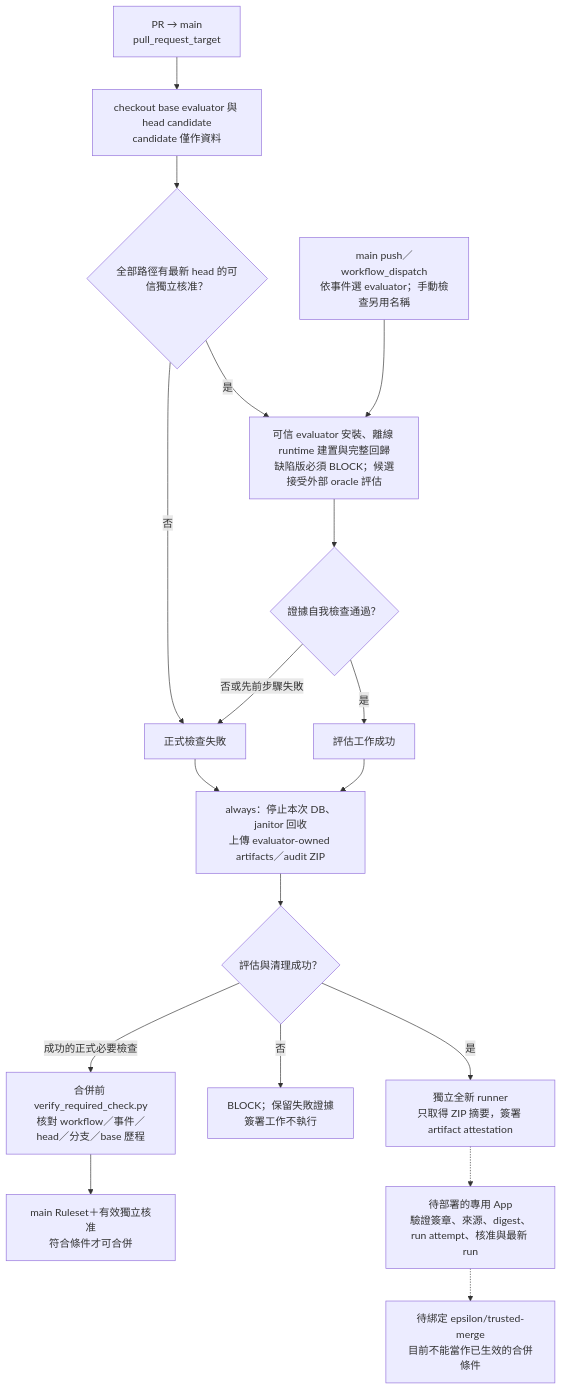
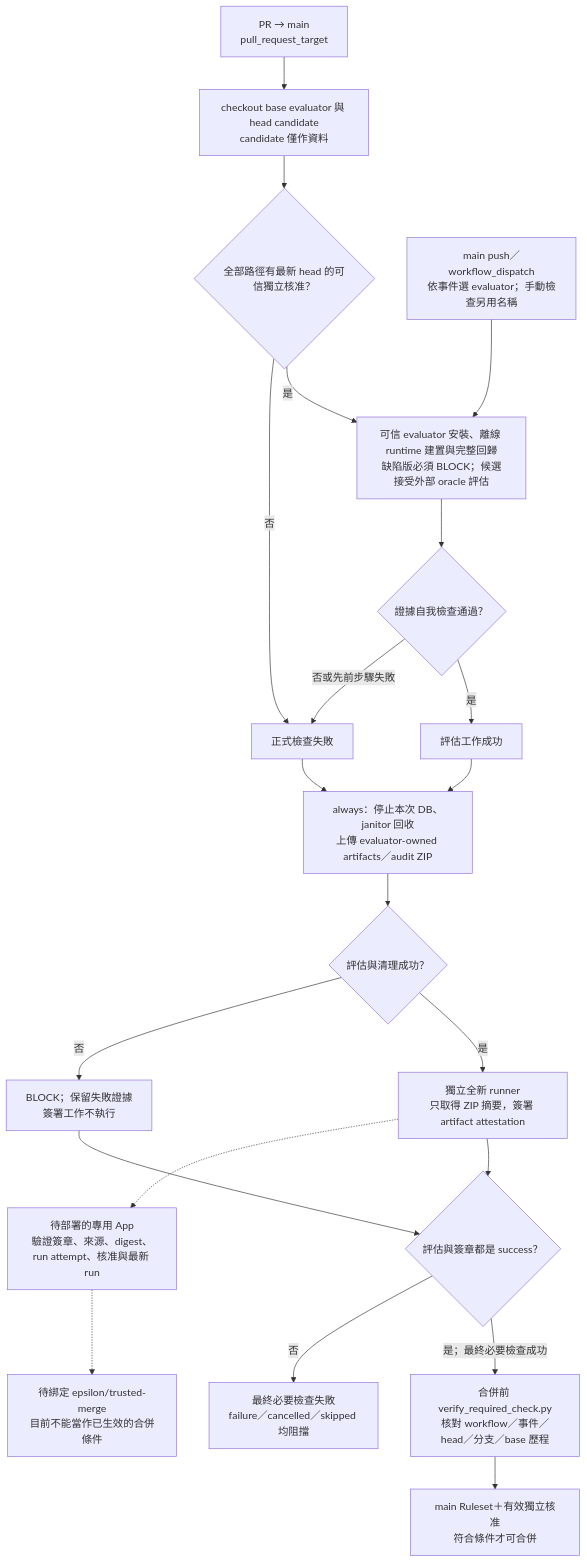
One commit to chinchiang/MultiAgentEpsilon changed the diagram in docs/diagrams/ci-flow.mmd. Above: the diagram before and after it, drawn with Mermaid. The commit also changed 13 other files, not shown here.

Commit message:
fix: require attestation success in the final merge check

```diff
--- a/docs/diagrams/ci-flow.mmd
+++ b/docs/diagrams/ci-flow.mmd
@@ -1,18 +1,21 @@
 flowchart TB
     PR["PR → main<br/>pull_request_target"] --> Checkout["checkout base evaluator 與 head candidate<br/>candidate 僅作資料"]
     Checkout --> Guard{"全部路徑有最新 head 的可信獨立核准？"}
     Guard -->|"是"| Evaluate["可信 evaluator 安裝、離線 runtime 建置與完整回歸<br/>缺陷版必須 BLOCK；候選接受外部 oracle 評估"]
     Guard -->|"否"| Failure["正式檢查失敗"]
     Other["main push／workflow_dispatch<br/>依事件選 evaluator；手動檢查另用名稱"] --> Evaluate
     Evaluate --> Contract{"證據自我檢查通過？"}
     Contract -->|"是"| Success["評估工作成功"]
     Contract -->|"否或先前步驟失敗"| Failure
     Success --> Cleanup["always：停止本次 DB、janitor 回收<br/>上傳 evaluator-owned artifacts／audit ZIP"]
     Failure --> Cleanup
     Cleanup --> Finished{"評估與清理成功？"}
     Finished -->|"是"| Attest["獨立全新 runner<br/>只取得 ZIP 摘要，簽署 artifact attestation"]
     Finished -->|"否"| Block["BLOCK；保留失敗證據<br/>簽署工作不執行"]
-    Finished -->|"成功的正式必要檢查"| Verify["合併前 verify_required_check.py<br/>核對 workflow／事件／head／分支／base 歷程"]
+    Attest --> Final{"評估與簽章都是 success？"}
+    Block --> Final
+    Final -->|"是；最終必要檢查成功"| Verify["合併前 verify_required_check.py<br/>核對 workflow／事件／head／分支／base 歷程"]
+    Final -->|"否"| FinalFailure["最終必要檢查失敗<br/>failure／cancelled／skipped 均阻擋"]
     Verify --> Merge["main Ruleset＋有效獨立核准<br/>符合條件才可合併"]
     Attest -.-> Publisher["待部署的專用 App<br/>驗證簽章、來源、digest、run attempt、核准與最新 run"]
     Publisher -.-> Future["待綁定 epsilon/trusted-merge<br/>目前不能當作已生效的合併條件"]
```
